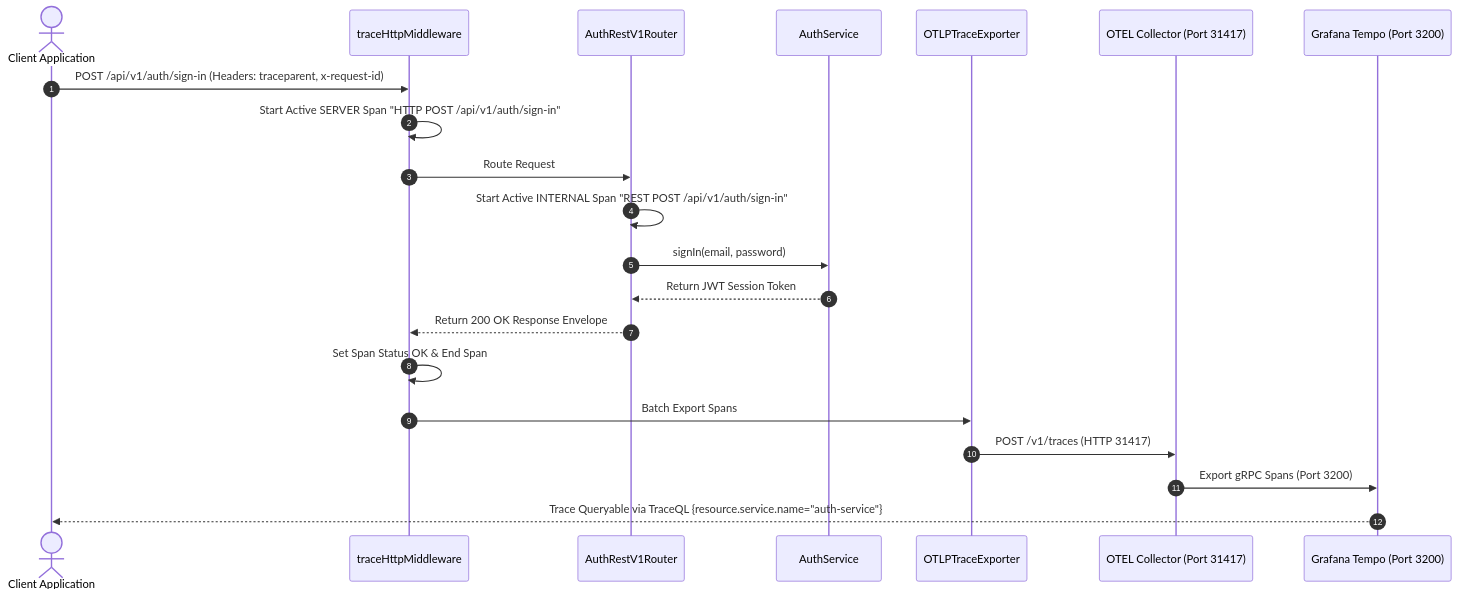
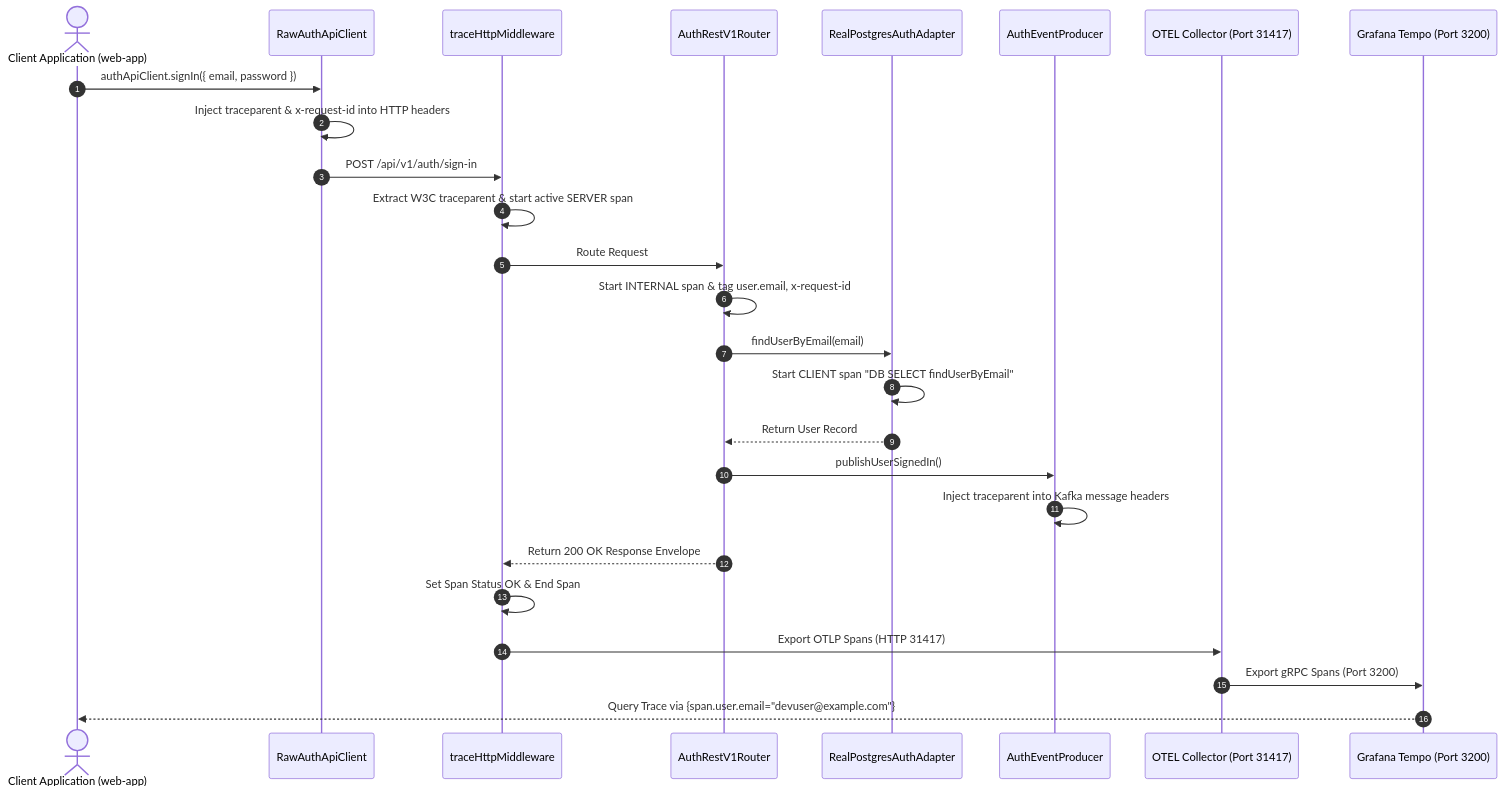
One commit to Chief-Strategist-J/llm-observability-platform changed the second of 2 diagrams in packages/node/auth/adr/0005-opentelemetry-end-to-end-auth-tracing-and-middleware.md. Above: the diagram before and after it, drawn with Mermaid. The commit also changed other lines of this file and 1 other file, not shown here.

Commit message:
docs(adr): update ADR 0005 with full call stack, CORS wildcard headers, and DB client tracing

````diff
--- a/packages/node/auth/adr/0005-opentelemetry-end-to-end-auth-tracing-and-middleware.md
+++ b/packages/node/auth/adr/0005-opentelemetry-end-to-end-auth-tracing-and-middleware.md
@@ -54,24 +64,29 @@
 ```mermaid
 sequenceDiagram
     autonumber
-    actor User as Client Application
+    actor User as Client Application (web-app)
+    participant Client as RawAuthApiClient
     participant Middleware as traceHttpMiddleware
     participant Router as AuthRestV1Router
-    participant Service as AuthService
-    participant Exporter as OTLPTraceExporter
+    participant DB as RealPostgresAuthAdapter
+    participant Kafka as AuthEventProducer
     participant Collector as OTEL Collector (Port 31417)
     participant Tempo as Grafana Tempo (Port 3200)
 
-    User->>Middleware: POST /api/v1/auth/sign-in (Headers: traceparent, x-request-id)
-    Middleware->>Middleware: Start Active SERVER Span "HTTP POST /api/v1/auth/sign-in"
+    User->>Client: authApiClient.signIn({ email, password })
+    Client->>Client: Inject traceparent & x-request-id into HTTP headers
+    Client->>Middleware: POST /api/v1/auth/sign-in
+    Middleware->>Middleware: Extract W3C traceparent & start active SERVER span
     Middleware->>Router: Route Request
-    Router->>Router: Start Active INTERNAL Span "REST POST /api/v1/auth/sign-in"
-    Router->>Service: signIn(email, password)
-    Service-->>Router: Return JWT Session Token
+    Router->>Router: Start INTERNAL span & tag user.email, x-request-id
+    Router->>DB: findUserByEmail(email)
+    DB->>DB: Start CLIENT span "DB SELECT findUserByEmail"
+    DB-->>Router: Return User Record
+    Router->>Kafka: publishUserSignedIn()
+    Kafka->>Kafka: Inject traceparent into Kafka message headers
     Router-->>Middleware: Return 200 OK Response Envelope
     Middleware->>Middleware: Set Span Status OK & End Span
-    Middleware->>Exporter: Batch Export Spans
-    Exporter->>Collector: POST /v1/traces (HTTP 31417)
+    Middleware->>Collector: Export OTLP Spans (HTTP 31417)
     Collector->>Tempo: Export gRPC Spans (Port 3200)
-    Tempo-->>User: Trace Queryable via TraceQL {resource.service.name="auth-service"}
+    Tempo-->>User: Query Trace via {span.user.email="devuser@example.com"}
 ```
````
